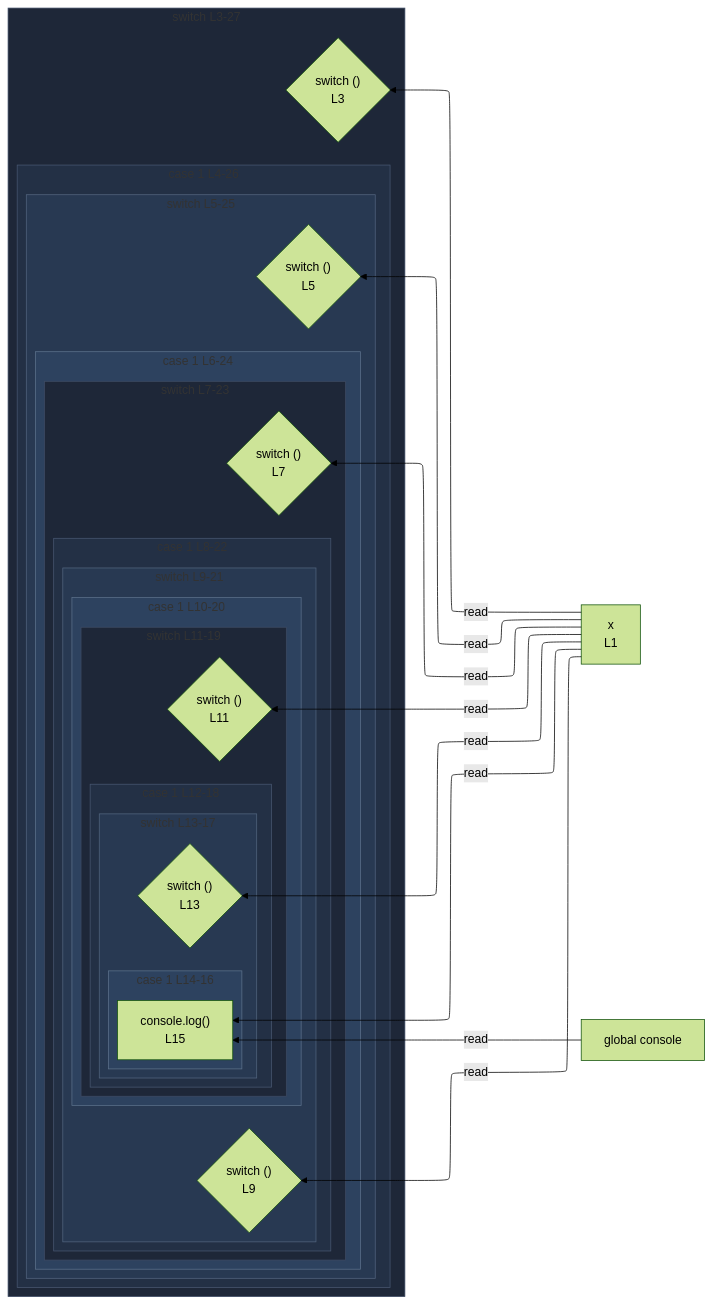
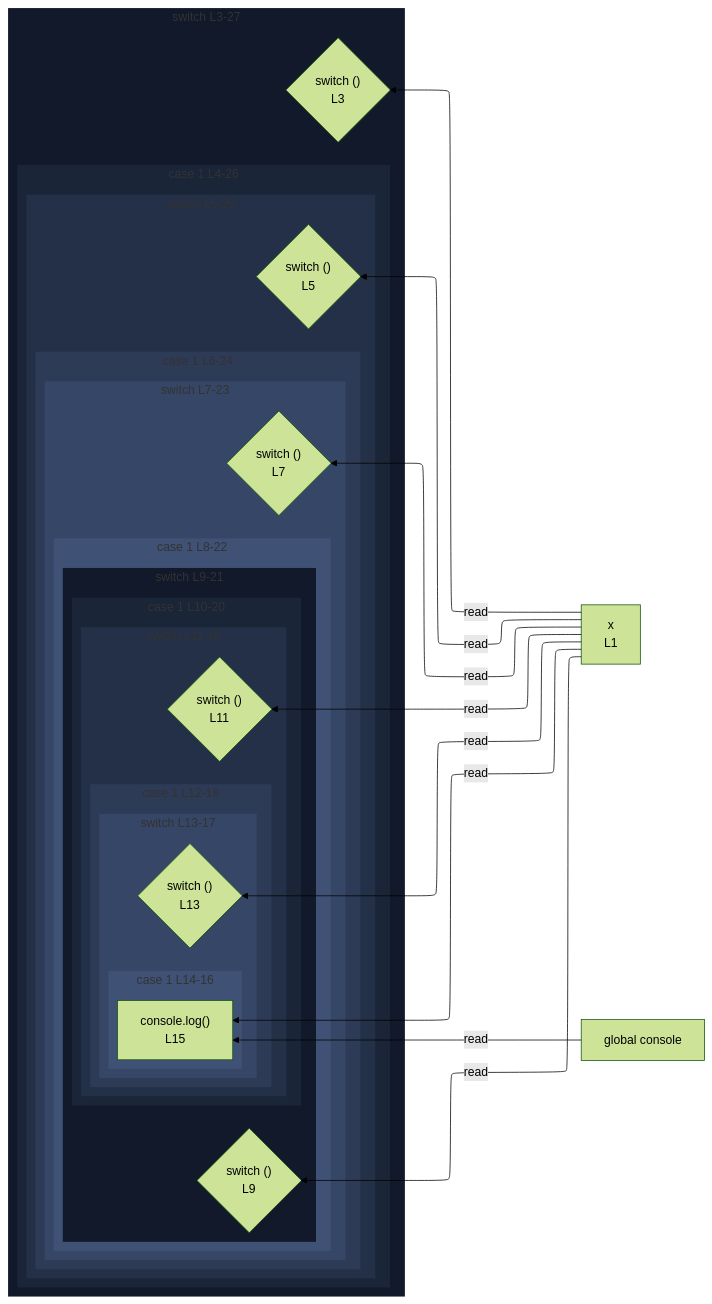
The diagram in integration/fixtures/app-behavior/depth/switch/depth-10/preview.md (crescware/unsnarl), drawn with Mermaid (forest theme) before and after one commit. The commit also changed 263 other files, not shown here.

````diff
--- a/integration/fixtures/app-behavior/depth/switch/depth-10/preview.md
+++ b/integration/fixtures/app-behavior/depth/switch/depth-10/preview.md
@@ -37,73 +37,75 @@
 ```mermaid
 %%{init: {"flowchart": {"defaultRenderer": "elk"}}}%%
 flowchart RL
   n_scope_0_x_6["x<br/>L1"]
   n_scope_0_console_296["global console"]
   subgraph s_scope_1["switch L3-27"]
     direction RL
     switch_discriminant_scope_0_14{"switch ()<br/>L3"}
     subgraph s_scope_2["case 1 L4-26"]
       direction RL
       subgraph s_scope_3["switch L5-25"]
         direction RL
         switch_discriminant_scope_2_41{"switch ()<br/>L5"}
         subgraph s_scope_4["case 1 L6-24"]
           direction RL
           subgraph s_scope_5["switch L7-23"]
             direction RL
             switch_discriminant_scope_4_76{"switch ()<br/>L7"}
             subgraph s_scope_6["case 1 L8-22"]
               direction RL
               subgraph s_scope_7["switch L9-21"]
                 direction RL
                 switch_discriminant_scope_6_119{"switch ()<br/>L9"}
                 subgraph s_scope_8["case 1 L10-20"]
                   direction RL
                   subgraph s_scope_9["switch L11-19"]
                     direction RL
                     switch_discriminant_scope_8_170{"switch ()<br/>L11"}
                     subgraph s_scope_10["case 1 L12-18"]
                       direction RL
                       subgraph s_scope_11["switch L13-17"]
                         direction RL
                         switch_discriminant_scope_10_229{"switch ()<br/>L13"}
                         subgraph s_scope_12["case 1 L14-16"]
                           direction RL
                           expr_stmt_296["console.log()<br/>L15"]
                         end
                       end
                     end
                   end
                 end
               end
             end
           end
         end
       end
     end
   end
   n_scope_0_x_6 -->|read| switch_discriminant_scope_0_14
   n_scope_0_x_6 -->|read| switch_discriminant_scope_2_41
   n_scope_0_x_6 -->|read| switch_discriminant_scope_4_76
   n_scope_0_x_6 -->|read| switch_discriminant_scope_6_119
   n_scope_0_x_6 -->|read| switch_discriminant_scope_8_170
   n_scope_0_x_6 -->|read| switch_discriminant_scope_10_229
   n_scope_0_console_296 -->|read| expr_stmt_296
   n_scope_0_x_6 -->|read| expr_stmt_296
-  classDef nestL1 fill:#1e2738,stroke:#3d4a63;
+  classDef nestL1 fill:#11192a,stroke:transparent;
   class s_scope_1 nestL1;
-  class s_scope_5 nestL1;
-  class s_scope_9 nestL1;
-  classDef nestL2 fill:#233045,stroke:#475670;
+  class s_scope_7 nestL1;
+  classDef nestL2 fill:#1a2538,stroke:transparent;
   class s_scope_2 nestL2;
-  class s_scope_6 nestL2;
-  class s_scope_10 nestL2;
-  classDef nestL3 fill:#283952,stroke:#51637d;
+  class s_scope_8 nestL2;
+  classDef nestL3 fill:#243047,stroke:transparent;
   class s_scope_3 nestL3;
-  class s_scope_7 nestL3;
-  class s_scope_11 nestL3;
-  classDef nestL4 fill:#2d425f,stroke:#5b708a;
+  class s_scope_9 nestL3;
+  classDef nestL4 fill:#2d3b57,stroke:transparent;
   class s_scope_4 nestL4;
-  class s_scope_8 nestL4;
-  class s_scope_12 nestL4;
+  class s_scope_10 nestL4;
+  classDef nestL5 fill:#364666,stroke:transparent;
+  class s_scope_5 nestL5;
+  class s_scope_11 nestL5;
+  classDef nestL6 fill:#3f5175,stroke:transparent;
+  class s_scope_6 nestL6;
+  class s_scope_12 nestL6;
 ```
````
